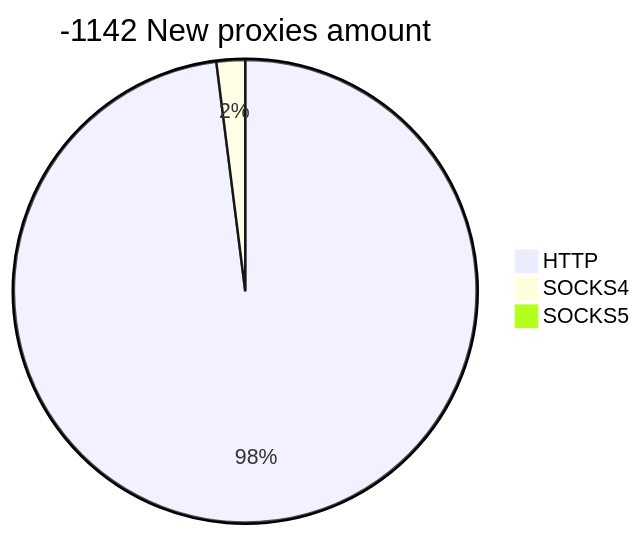
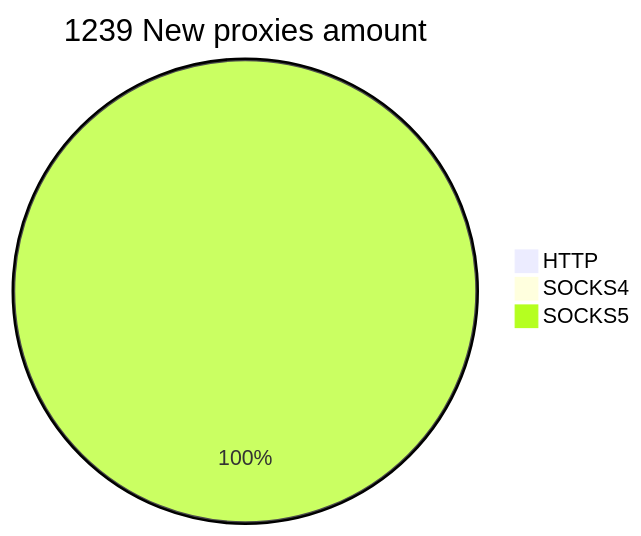
The second of 2 diagrams in README.md (cutipu/proxylist), drawn with Mermaid before and after one commit. The commit also changed other lines of this file, not shown here.

````diff
--- a/README.md
+++ b/README.md
@@ -10,6 +10,6 @@
 ```mermaid
-pie title -1142 New proxies amount
-    "HTTP" : 98
-    "SOCKS4" : 2
-    "SOCKS5" : 0
+pie title 1239 New proxies amount
+    "HTTP" : 0
+    "SOCKS4" : 0
+    "SOCKS5" : 1239
 ```
````
